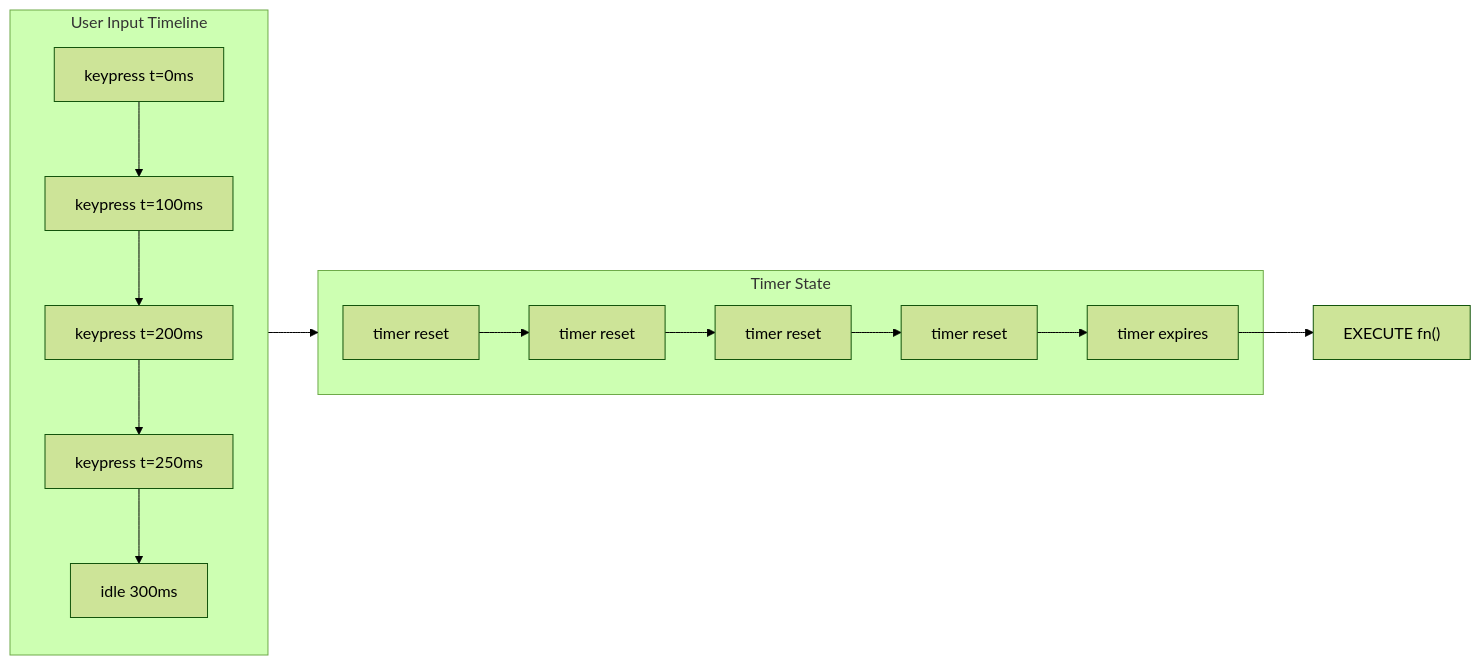
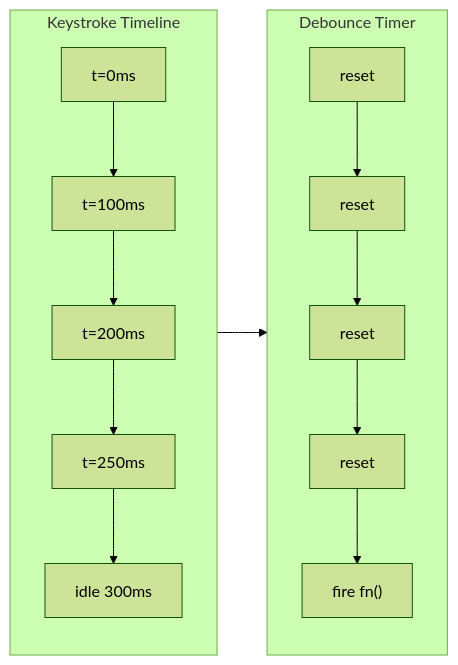
The diagram in packages/content/content/28-javascript-coding-problems.mdx (ashishxcode/frontend-internals), drawn with Mermaid (forest theme) before and after one commit. The commit also changed other lines of this file and 34 other files, not shown here.

````diff
--- a/packages/content/content/28-javascript-coding-problems.mdx
+++ b/packages/content/content/28-javascript-coding-problems.mdx
@@ -44,17 +27,10 @@
 ```mermaid
 flowchart LR
-  subgraph Input["User Input Timeline"]
-    K1["keypress t=0ms"] --> K2["keypress t=100ms"]
-    K2 --> K3["keypress t=200ms"]
-    K3 --> K4["keypress t=250ms"]
-    K4 --> Idle["idle 300ms"]
+  subgraph Input["Keystroke Timeline"]
+    K1["t=0ms"] --> K2["t=100ms"] --> K3["t=200ms"] --> K4["t=250ms"] --> Idle["idle 300ms"]
   end
-  subgraph Timer["Timer State"]
-    T1["timer reset"] --> T2["timer reset"]
-    T2 --> T3["timer reset"]
-    T3 --> T4["timer reset"]
-    T4 --> Fire["timer expires"]
+  subgraph Timer["Debounce Timer"]
+    T1["reset"] --> T2["reset"] --> T3["reset"] --> T4["reset"] --> Fire["fire fn()"]
   end
   Input --> Timer
-  Fire --> Execute["EXECUTE fn()"]
 ```
````
